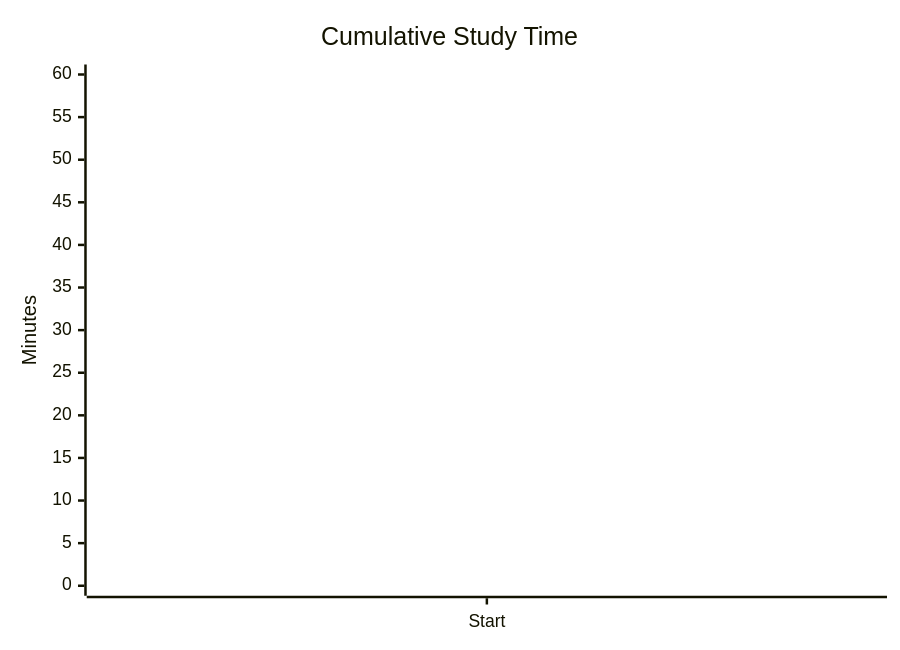
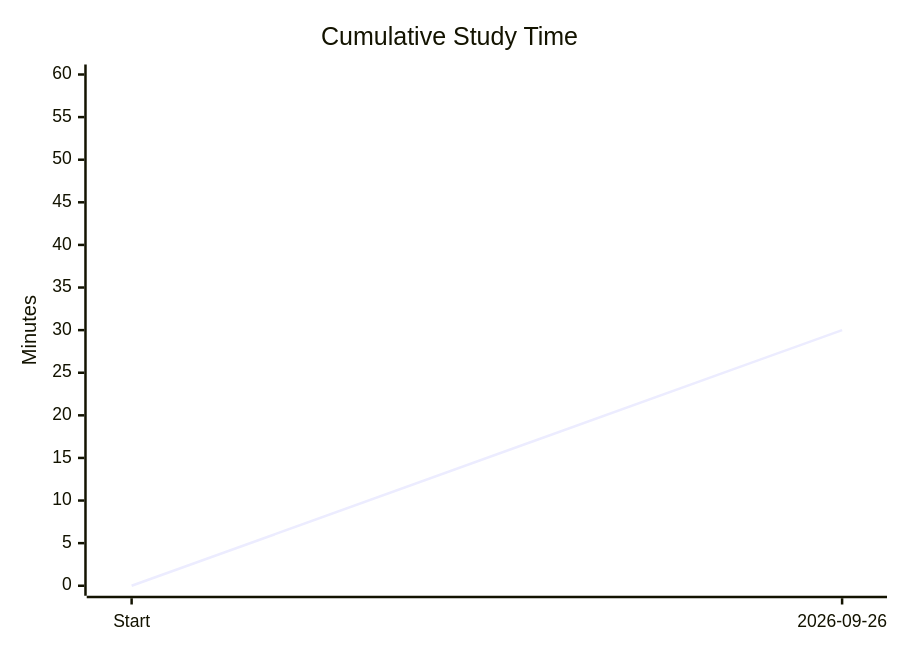
The first of 3 diagrams in learning-system/progress/PROGRESS.md (Muazislam/FullStack-Engineering-Education), drawn with Mermaid before and after one commit. The commit also changed other lines of this file and 3 other files, not shown here.

````diff
--- a/learning-system/progress/PROGRESS.md
+++ b/learning-system/progress/PROGRESS.md
@@ -72,7 +72,7 @@
 ```mermaid
 xychart-beta
   title "Cumulative Study Time"
-  x-axis ["Start"]
+  x-axis ["Start", "2026-09-26"]
   y-axis "Minutes" 0 --> 60
-  line [0]
+  line [0, 30]
 ```
````
